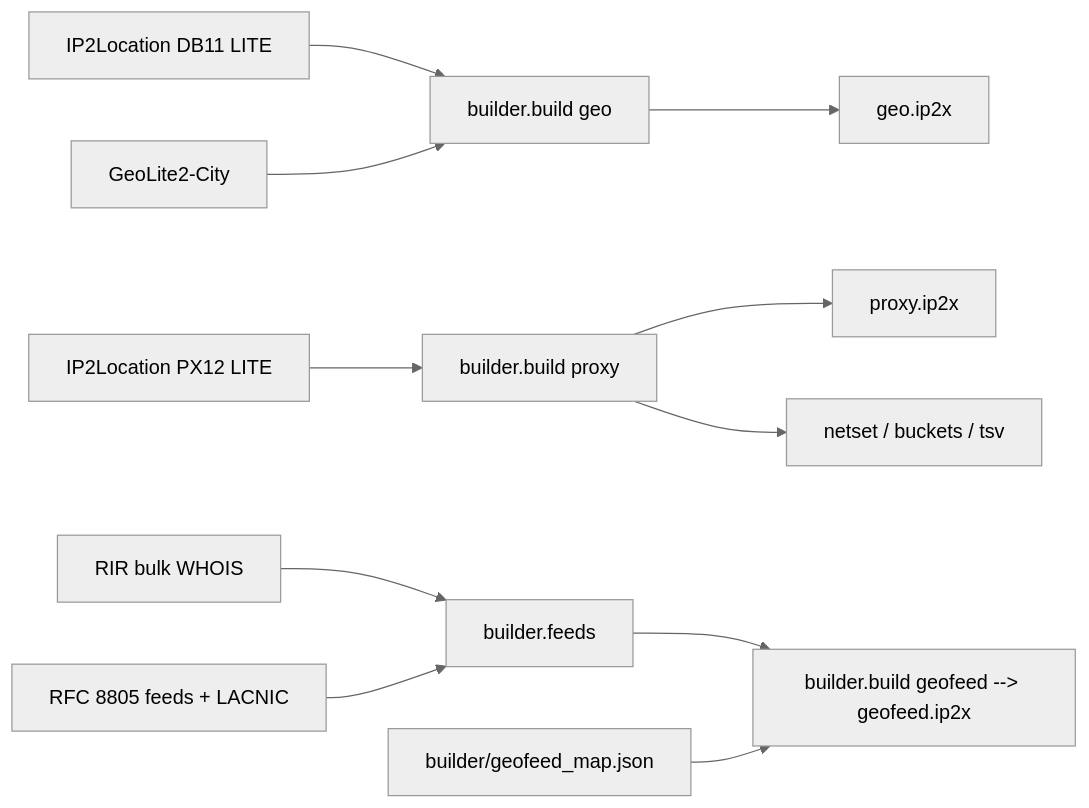
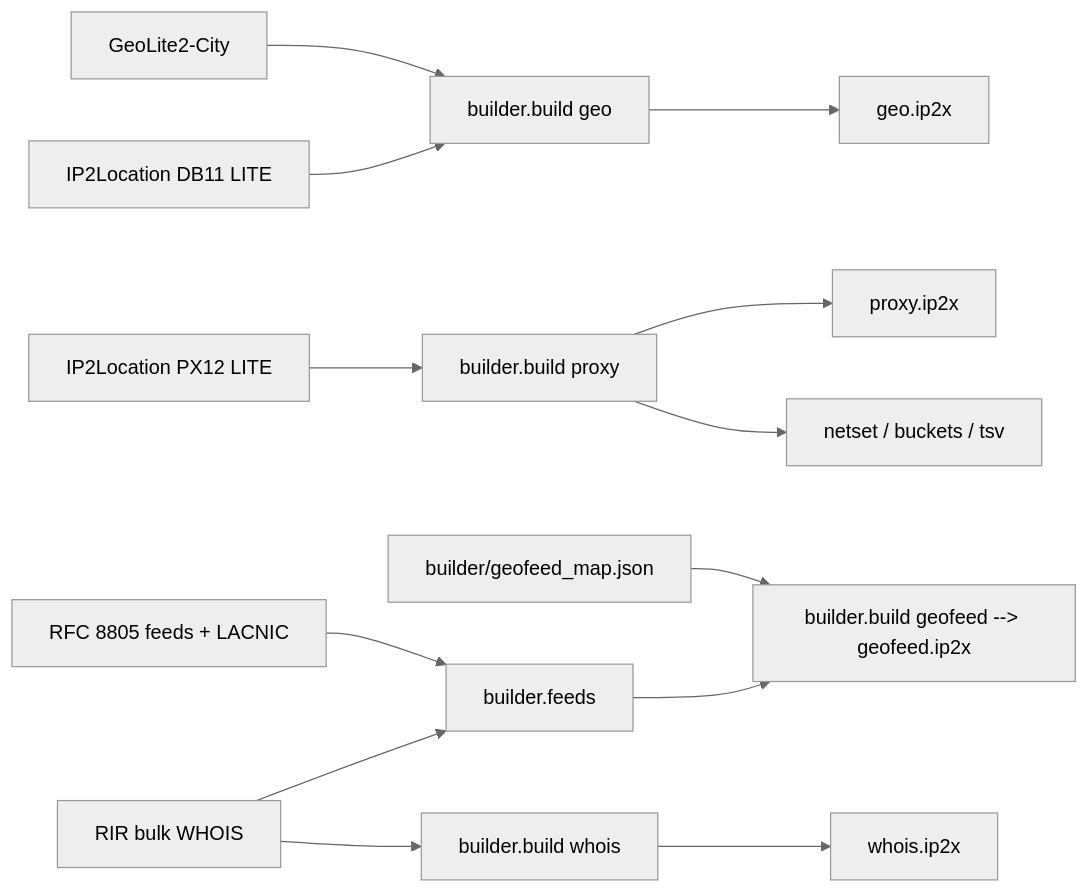
One commit to tn3w/IP2X changed the diagram in README.md. Above: the diagram before and after it, drawn with Mermaid (neutral theme). The commit also changed other lines of this file and 4 other files, not shown here.

````diff
--- a/README.md
+++ b/README.md
@@ -322,13 +355,14 @@
 ```mermaid
 flowchart LR
     D1[IP2Location DB11 LITE] --> G[builder.build geo]
     D2[GeoLite2-City] --> G
     G --> GB[geo.ip2x]
     D3[IP2Location PX12 LITE] --> P[builder.build proxy]
     P --> PB[proxy.ip2x]
     P --> V[netset / buckets / tsv]
     D4[RIR bulk WHOIS] --> F[builder.feeds]
     D5[RFC 8805 feeds + LACNIC] --> F
     F --> FB[builder.build geofeed --> geofeed.ip2x]
+    D4 --> W[builder.build whois] --> WB[whois.ip2x]
     D6[builder/geofeed_map.json] --> FB
 ```
````
